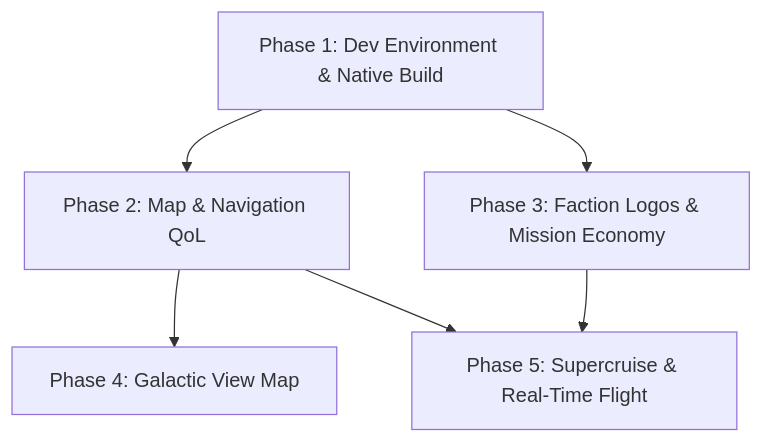
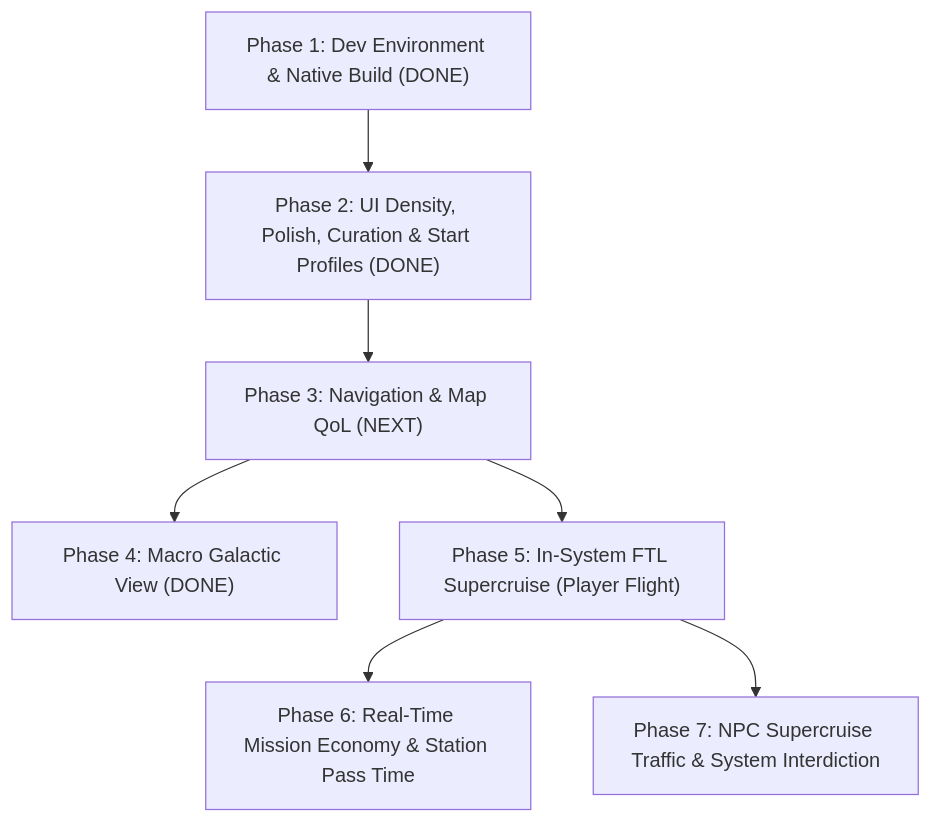
One commit to austeregrim/pioneer-expanse changed the diagram in PIONEER_DANGEROUS_PLAN.md. Above: the diagram before and after it, drawn with Mermaid. The commit also changed other lines of this file, not shown here.

Commit message:
docs: expand Phase 5 Supercruise architectural spec and add Phase 7 NPC traffic

````diff
--- a/PIONEER_DANGEROUS_PLAN.md
+++ b/PIONEER_DANGEROUS_PLAN.md
@@ -24,8 +26,9 @@
 ```mermaid
 graph TD
-    A[Phase 1: Dev Environment & Native Build] --> B[Phase 2: Map & Navigation QoL]
-    A --> C[Phase 3: Faction Logos & Mission Economy]
-    B --> D[Phase 4: Galactic View Map]
-    B --> E[Phase 5: Supercruise & Real-Time Flight]
-    C --> E
+    P1["Phase 1: Dev Environment & Native Build (DONE)"] --> P2["Phase 2: UI Density, Polish, Curation & Start Profiles (DONE)"]
+    P2 --> P3["Phase 3: Navigation & Map QoL (NEXT)"]
+    P3 --> P4["Phase 4: Macro Galactic View (DONE)"]
+    P3 --> P5["Phase 5: In-System FTL Supercruise (Player Flight)"]
+    P5 --> P6["Phase 6: Real-Time Mission Economy & Station Pass Time"]
+    P5 --> P7["Phase 7: NPC Supercruise Traffic & System Interdiction"]
 ```
````
